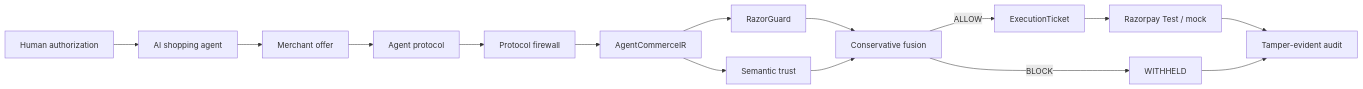
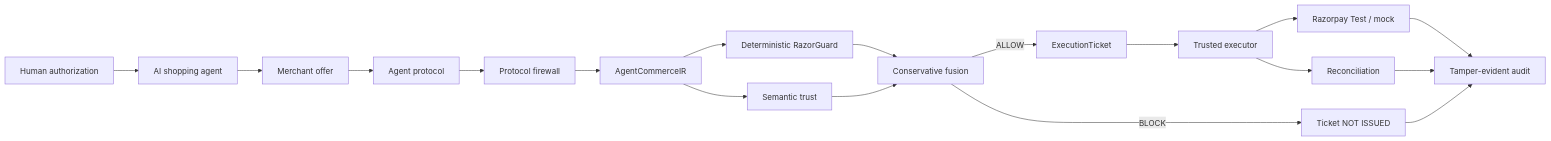
Before and after one commit to UtkarsHMer05/RazorMesh: the diagram in README.md, drawn with Mermaid. The commit also changed other lines of this file and 1 other file, not shown here.

````diff
--- a/README.md
+++ b/README.md
@@ -37,17 +41,20 @@
 ```mermaid
 flowchart LR
     H[Human authorization] --> A[AI shopping agent]
     A --> M[Merchant offer]
     M --> P[Agent protocol]
     P --> F[Protocol firewall]
     F --> IR[AgentCommerceIR]
-    IR --> R[RazorGuard]
+    IR --> R[Deterministic RazorGuard]
     IR --> S[Semantic trust]
     R --> X[Conservative fusion]
     S --> X
     X -->|ALLOW| T[ExecutionTicket]
-    X -->|BLOCK| W[WITHHELD]
-    T --> RP[Razorpay Test / mock]
+    X -->|BLOCK| W[Ticket NOT ISSUED]
+    T --> EX[Trusted executor]
+    EX --> RP[Razorpay Test / mock]
+    EX --> RC[Reconciliation]
     RP --> AU[Tamper-evident audit]
+    RC --> AU
     W --> AU
 ```
````
